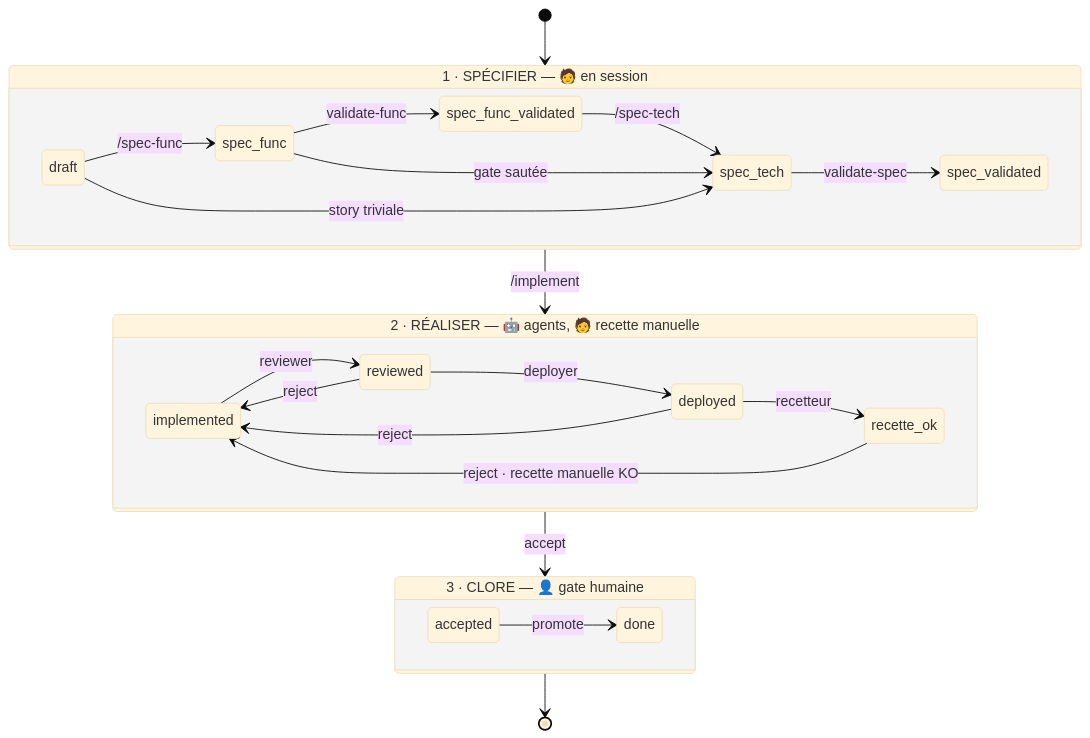
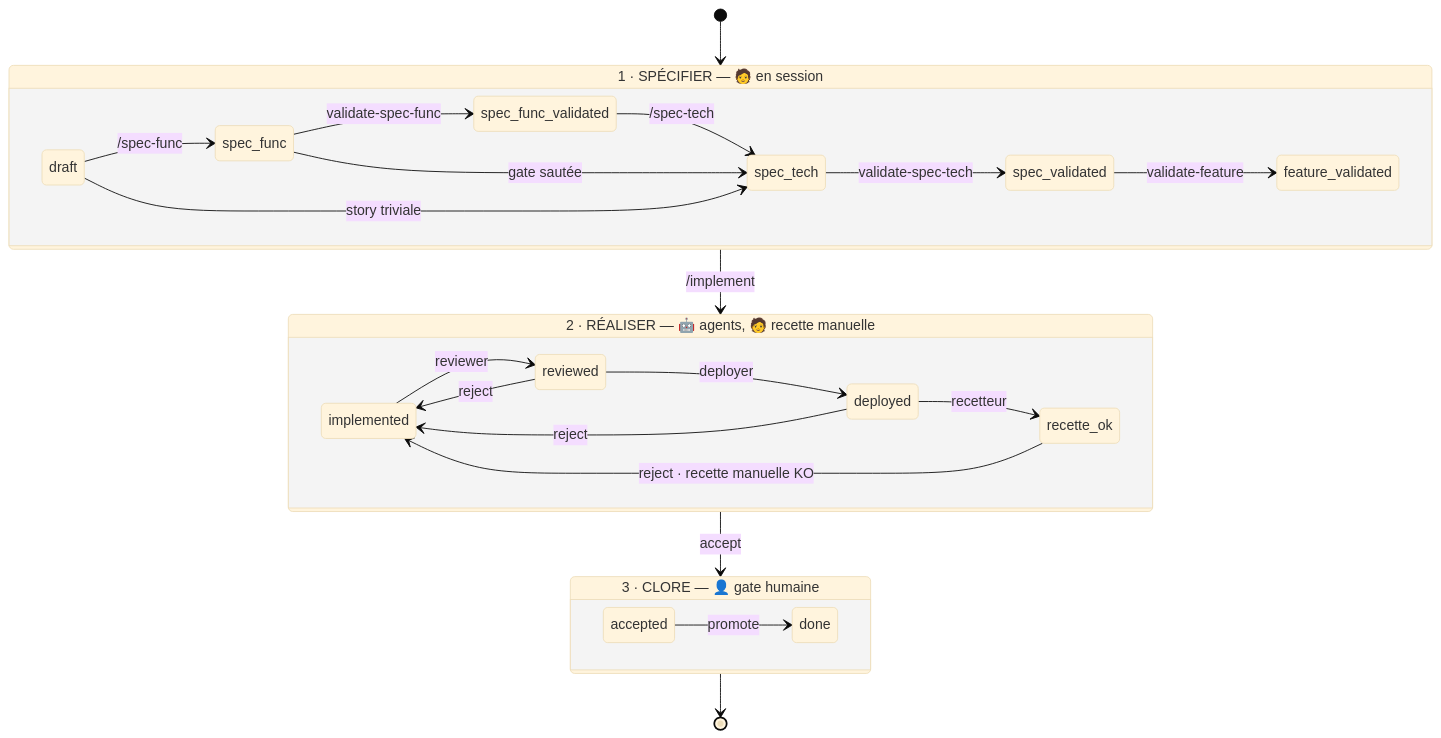
Before and after one commit to harry-agentic-factory/harry-sdlc-local: the second of 2 diagrams in README.md, drawn with Mermaid (base theme). The commit also changed other lines of this file and 15 other files, not shown here.

````diff
--- a/README.md
+++ b/README.md
@@ -97,29 +99,30 @@
 ```mermaid
 stateDiagram-v2
     [*] --> SPEC
     state "1 · SPÉCIFIER — 🧑 en session" as SPEC {
         direction LR
         draft --> spec_func : /spec-func
-        spec_func --> spec_func_validated : validate-func
+        spec_func --> spec_func_validated : validate-spec-func
         spec_func_validated --> spec_tech : /spec-tech
-        spec_tech --> spec_validated : validate-spec
+        spec_tech --> spec_validated : validate-spec-tech
+        spec_validated --> feature_validated : validate-feature
         draft --> spec_tech : story triviale
         spec_func --> spec_tech : gate sautée
     }
     state "2 · RÉALISER — 🤖 agents, 🧑 recette manuelle" as BUILD {
         direction LR
         implemented --> reviewed : reviewer
         reviewed --> deployed : deployer
         deployed --> recette_ok : recetteur
         reviewed --> implemented : reject
         deployed --> implemented : reject
         recette_ok --> implemented : reject · recette manuelle KO
     }
     state "3 · CLORE — 👤 gate humaine" as CLOSE {
         direction LR
         accepted --> done : promote
     }
     SPEC --> BUILD : /implement
     BUILD --> CLOSE : accept
     CLOSE --> [*]
 ```
````
